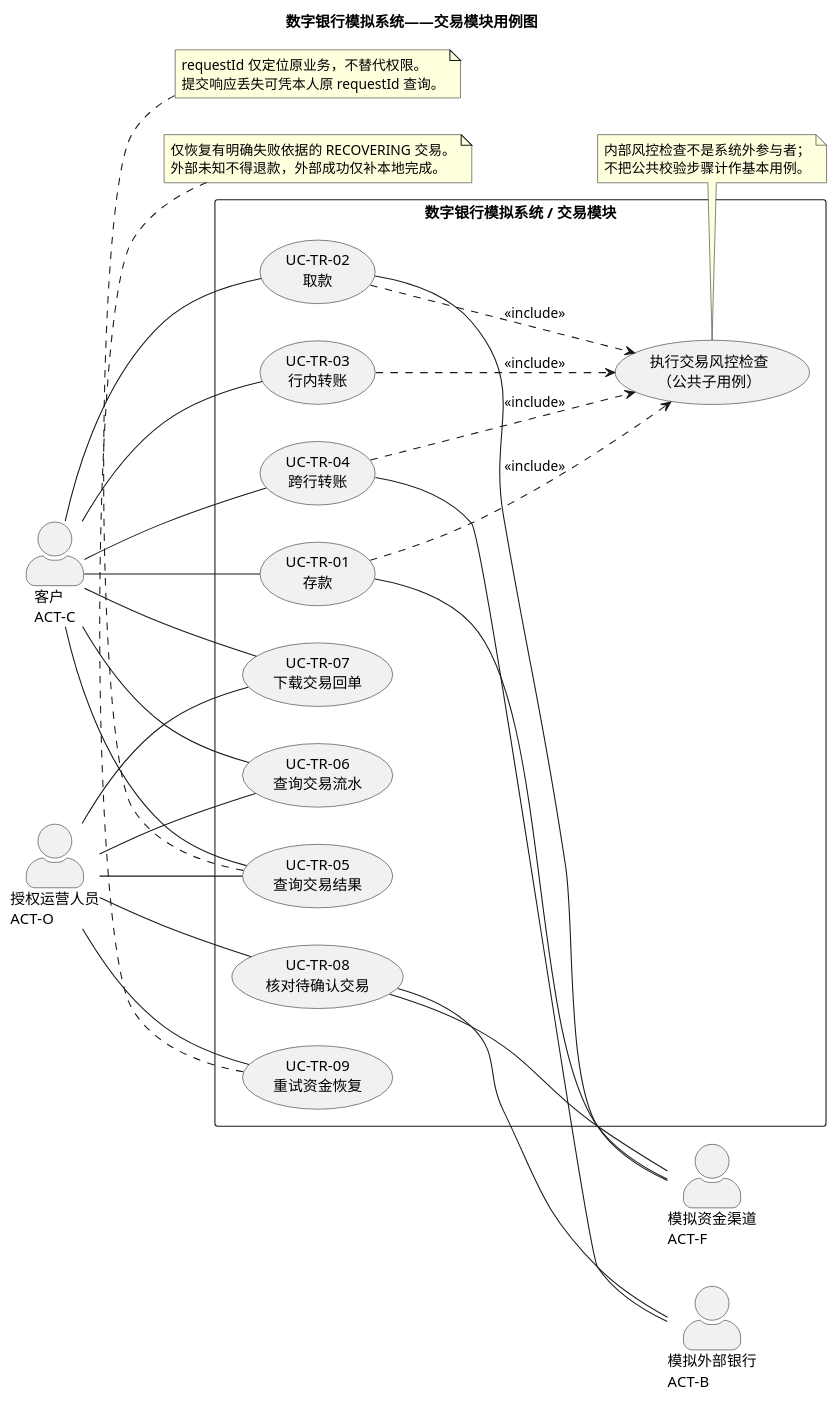
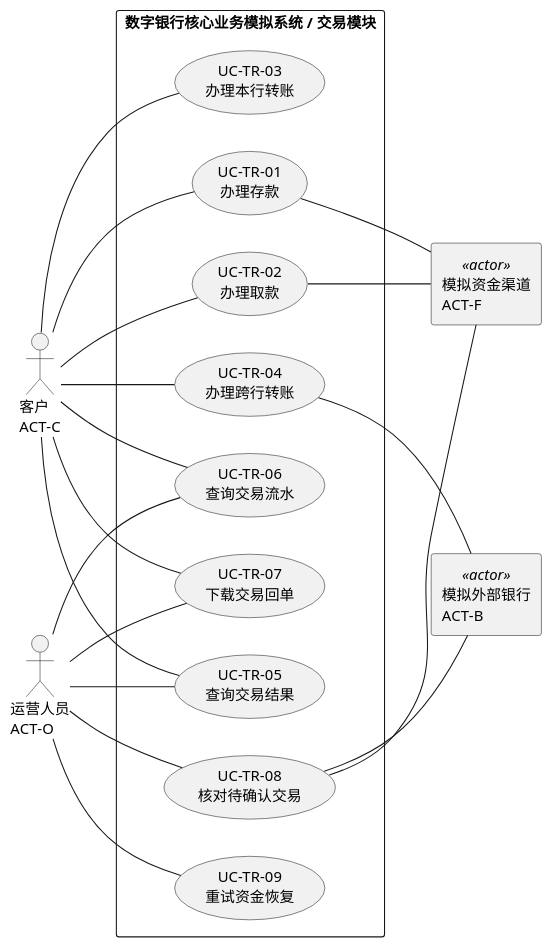
The diagram in docs/01-需求规格说明书/数字银行账户与交易模块需求分析/diagrams/交易模块用例图.puml (liujiang781/digital-bank-core), drawn with PlantUML before and after one commit. The commit also changed 19 other files, not shown here.

First line of the commit message:
docs(uml): 对齐本地课件并交付 S5 接入说明

```diff
--- a/docs/01-需求规格说明书/数字银行账户与交易模块需求分析/diagrams/交易模块用例图.puml
+++ b/docs/01-需求规格说明书/数字银行账户与交易模块需求分析/diagrams/交易模块用例图.puml
@@ -1,58 +1,40 @@
 @startuml
-title 数字银行模拟系统——交易模块用例图
 left to right direction
 skinparam defaultFontName Microsoft YaHei
+skinparam monochrome true
 skinparam shadowing false
 skinparam backgroundColor white
 skinparam packageStyle rectangle
-skinparam actorStyle awesome
 actor "客户\nACT-C" as C
-actor "授权运营人员\nACT-O" as O
-actor "模拟资金渠道\nACT-F" as F
-actor "模拟外部银行\nACT-B" as B
-rectangle "数字银行模拟系统 / 交易模块" {
-  usecase "UC-TR-01\n存款" as DP
-  usecase "UC-TR-02\n取款" as WD
-  usecase "UC-TR-03\n行内转账" as IT
-  usecase "UC-TR-04\n跨行转账" as XB
+actor "运营人员\nACT-O" as O
+rectangle "模拟资金渠道\nACT-F" as F <<actor>>
+rectangle "模拟外部银行\nACT-B" as B <<actor>>
+rectangle "数字银行核心业务模拟系统 / 交易模块" {
+  usecase "UC-TR-01\n办理存款" as DP
+  usecase "UC-TR-02\n办理取款" as WD
+  usecase "UC-TR-03\n办理本行转账" as IT
+  usecase "UC-TR-04\n办理跨行转账" as XB
   usecase "UC-TR-05\n查询交易结果" as RES
   usecase "UC-TR-06\n查询交易流水" as LOG
   usecase "UC-TR-07\n下载交易回单" as RECEIPT
   usecase "UC-TR-08\n核对待确认交易" as CHECK
   usecase "UC-TR-09\n重试资金恢复" as RECOVER
-  usecase "执行交易风控检查\n（公共子用例）" as RISK
 }
 C -- DP
 C -- WD
 C -- IT
 C -- XB
 C -- RES
 C -- LOG
 C -- RECEIPT
 O -- RES
 O -- LOG
 O -- RECEIPT
 O -- CHECK
 O -- RECOVER
 DP -- F
 WD -- F
 CHECK -- F
 XB -- B
 CHECK -- B
-DP ..> RISK : <<include>>
-WD ..> RISK : <<include>>
-IT ..> RISK : <<include>>
-XB ..> RISK : <<include>>
-note bottom of RES
-  requestId 仅定位原业务，不替代权限。
-  提交响应丢失可凭本人原 requestId 查询。
-end note
-note bottom of RECOVER
-  仅恢复有明确失败依据的 RECOVERING 交易。
-  外部未知不得退款，外部成功仅补本地完成。
-end note
-note bottom of RISK
-  内部风控检查不是系统外参与者；
-  不把公共校验步骤计作基本用例。
-end note
 @enduml
```
